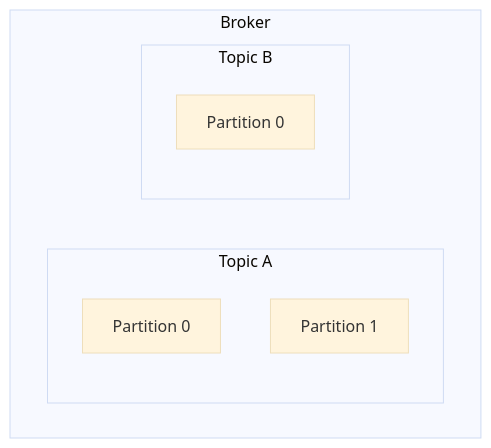
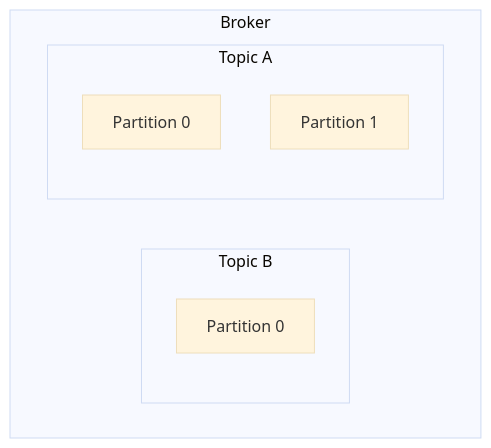
The third of 7 diagrams in articles/kafka_best_practice_20250930.md (suwa-sh/zenn-contents), drawn with Mermaid (base theme) before and after one commit. The commit also changed other lines of this file and 1 other file, not shown here.

````diff
--- a/articles/kafka_best_practice_20250930.md
+++ b/articles/kafka_best_practice_20250930.md
@@ -96,12 +96,12 @@
 ```mermaid
 graph TD
     subgraph Broker
+        subgraph Topic B
+            P3[Partition 0]
+        end
         subgraph Topic A
             P1[Partition 0]
             P2[Partition 1]
         end
-        subgraph Topic B
-            P3[Partition 0]
-        end
     end
 ```
````
